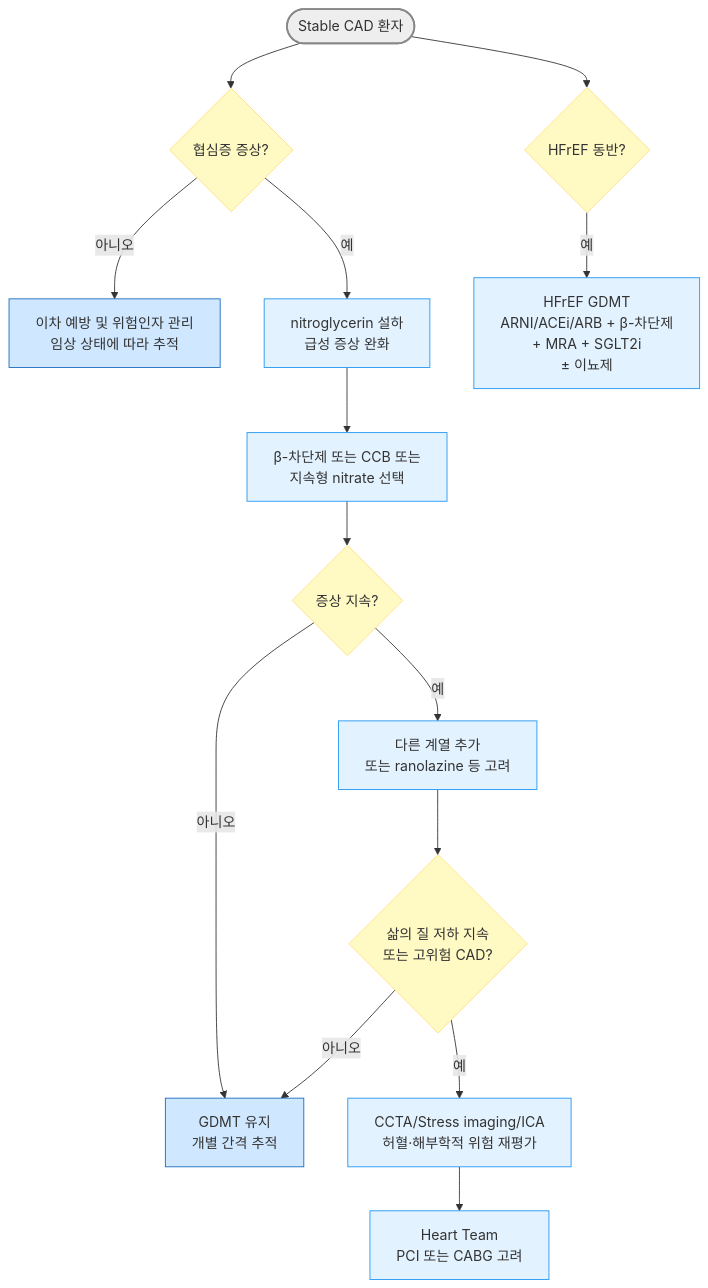
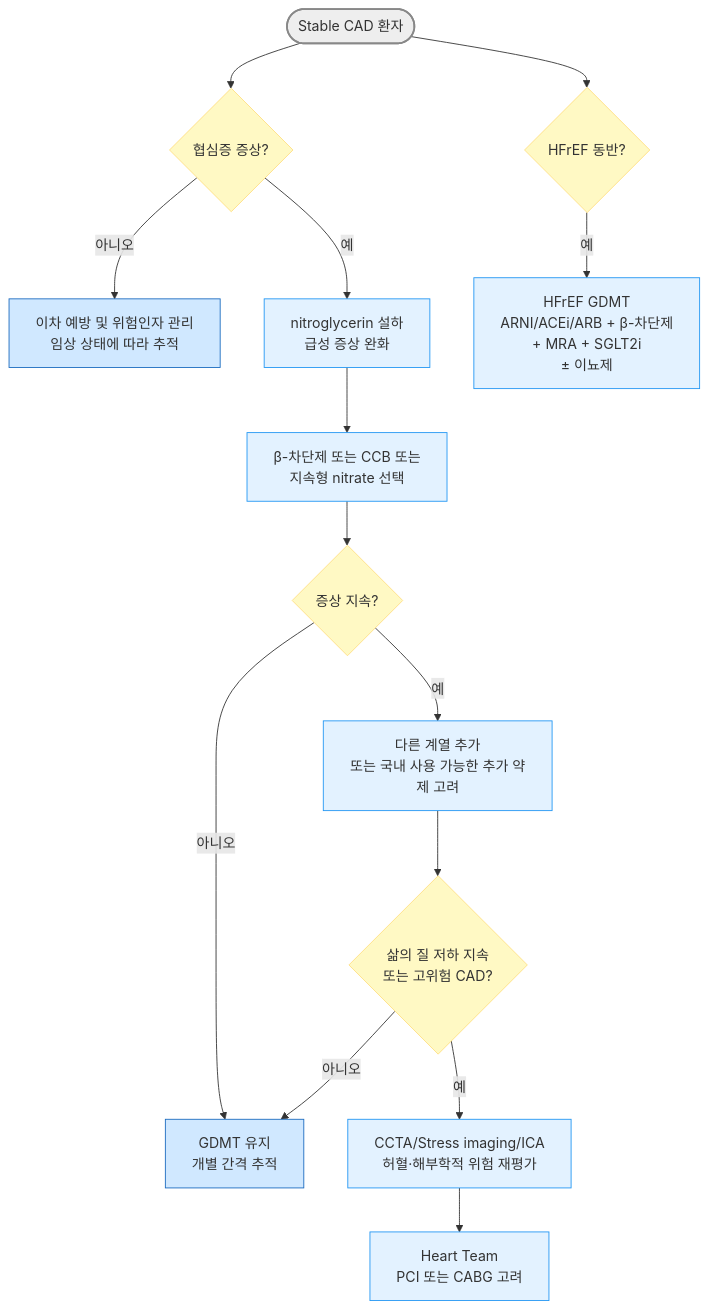
One commit to familyoh77/familyoh77 changed the third of 3 diagrams in 225_/097_-angina-pectoris.md. Above: the diagram before and after it, drawn with Mermaid. The commit also changed other lines of this file and 5 other files, not shown here.

````diff
--- a/225_/097_-angina-pectoris.md
+++ b/225_/097_-angina-pectoris.md
@@ -628,24 +648,24 @@
 ```mermaid
 graph TD
     A([Stable CAD 환자]) --> B{협심증 증상?}
     B -- 아니오 --> C[이차 예방 및 위험인자 관리<br/>임상 상태에 따라 추적]
     B -- 예 --> D[nitroglycerin 설하<br/>급성 증상 완화]
     D --> E[β-차단제 또는 CCB 또는<br/>지속형 nitrate 선택]
     E --> F{증상 지속?}
     F -- 아니오 --> G[GDMT 유지<br/>개별 간격 추적]
-    F -- 예 --> H[다른 계열 추가<br/>또는 ranolazine 등 고려]
+    F -- 예 --> H[다른 계열 추가<br/>또는 국내 사용 가능한 추가 약제 고려]
     H --> I{삶의 질 저하 지속<br/>또는 고위험 CAD?}
     I -- 아니오 --> G
     I -- 예 --> J[CCTA/Stress imaging/ICA<br/>허혈·해부학적 위험 재평가]
     J --> K[Heart Team<br/>PCI 또는 CABG 고려]
     A --> L{HFrEF 동반?}
     L -- 예 --> M[HFrEF GDMT<br/>ARNI/ACEi/ARB + β-차단제<br/>+ MRA + SGLT2i<br/>± 이뇨제]
 
 style A fill:#eeeeee,stroke:#888888,stroke-width:2px
 classDef yellow fill:#fff9c4,stroke:#ffe082
 class B,F,I,L yellow
 classDef sky fill:#e3f2ff,stroke:#2196f3
 class D,E,H,J,K,M sky
 classDef blue fill:#d0e8ff,stroke:#1a6abf
 class C,G blue
 ```
````
